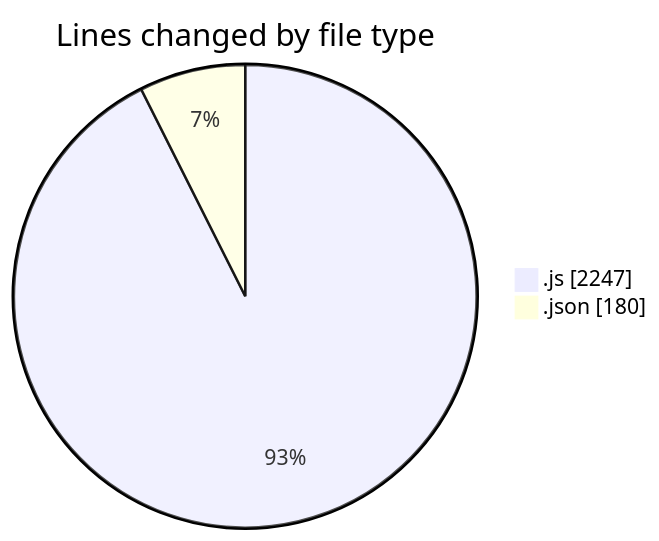
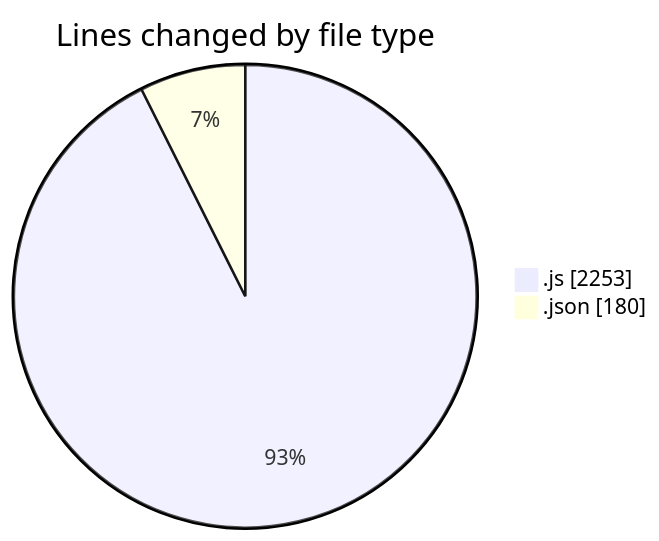
One commit to Ritupan-Deka/code-tracking changed the first of 2 diagrams in 2025-08-03/javascript/README.md. Above: the diagram before and after it, drawn with Mermaid. The commit also changed other lines of this file and 1 other file, not shown here.

````diff
--- a/2025-08-03/javascript/README.md
+++ b/2025-08-03/javascript/README.md
@@ -24,6 +25,6 @@
 ```mermaid
 pie showData
 title Lines changed by file type
-".js" : 2247
+".js" : 2253
 ".json" : 180
 ```
````
